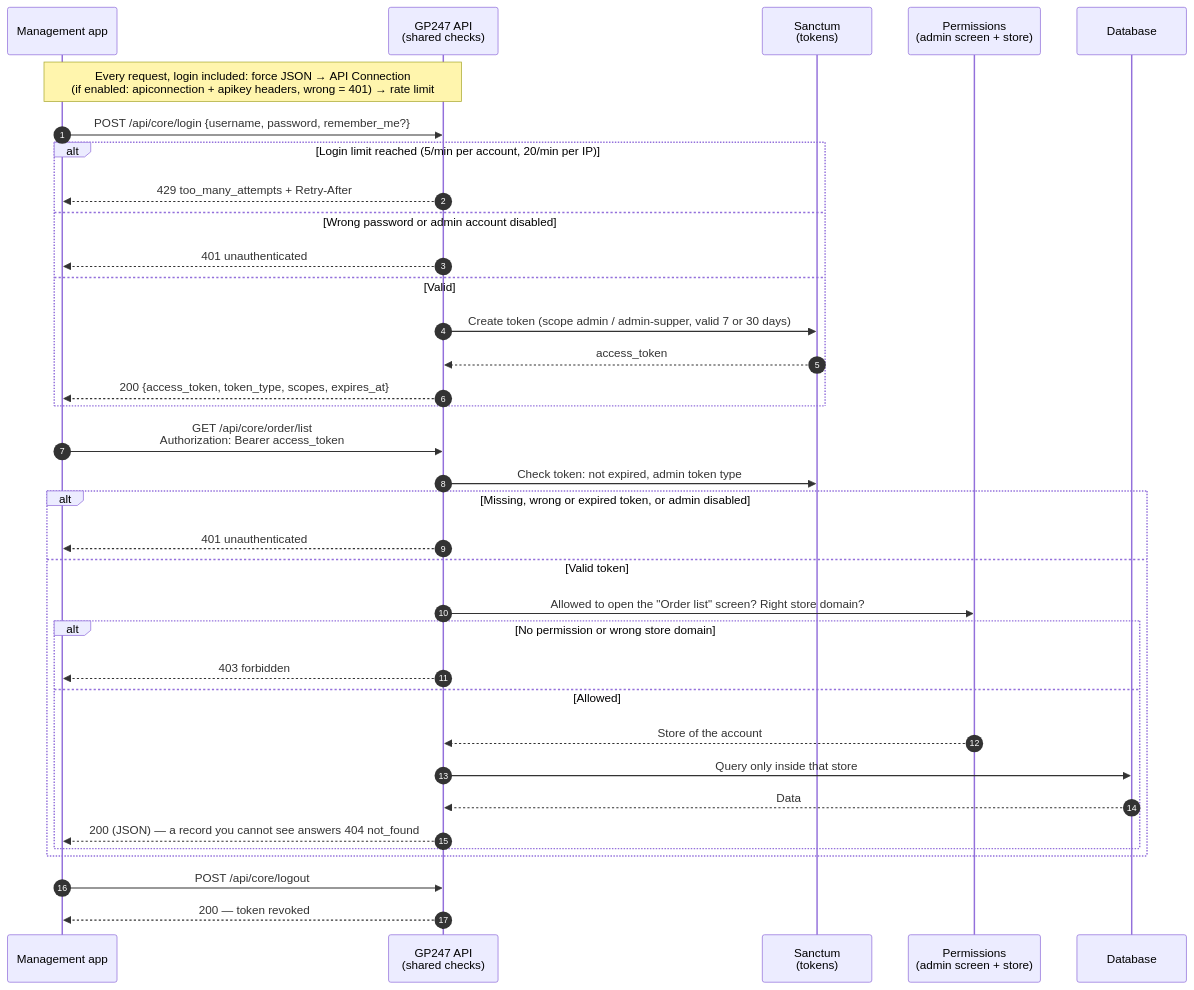
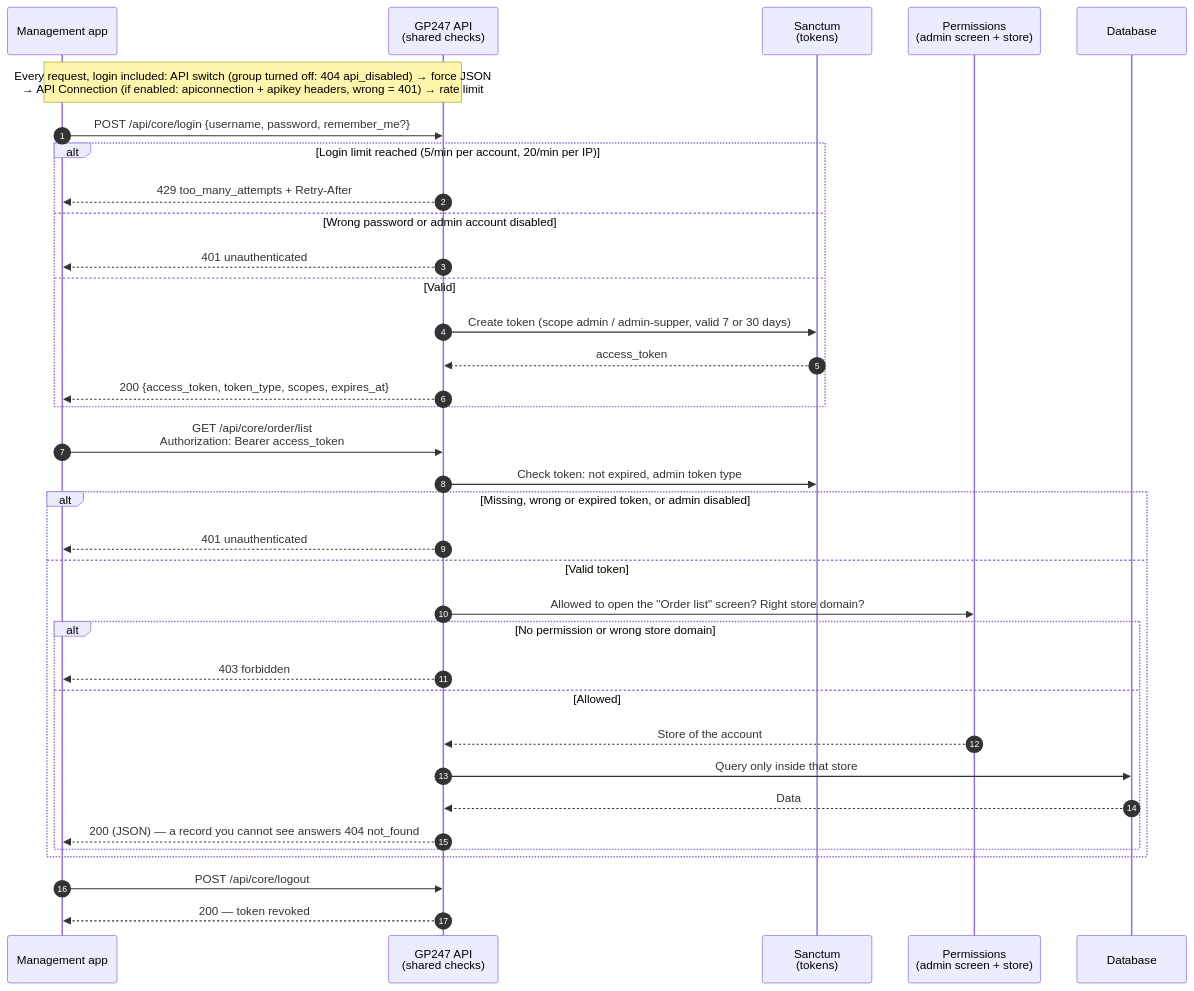
One commit to gp247net/gp247-docs changed the first of 2 diagrams in api/api-introduction.md. Above: the diagram before and after it, drawn with Mermaid. The commit also changed other lines of this file and 6 other files, not shown here.

First line of the commit message:
docs(api): turning the API on and off, X-Request-Id, legacy tokens (core 3.3.1 / 3.4.0)

````diff
--- a/api/api-introduction.md
+++ b/api/api-introduction.md
@@ -182,37 +192,37 @@
 ```mermaid
 sequenceDiagram
     autonumber
     participant A as Management app
     participant M as GP247 API<br/>(shared checks)
     participant S as Sanctum<br/>(tokens)
     participant Q as Permissions<br/>(admin screen + store)
     participant D as Database
-    Note over A,M: Every request, login included: force JSON → API Connection<br/>(if enabled: apiconnection + apikey headers, wrong = 401) → rate limit
+    Note over A,M: Every request, login included: API switch (group turned off: 404 api_disabled) → force JSON<br/>→ API Connection (if enabled: apiconnection + apikey headers, wrong = 401) → rate limit
     A->>M: POST /api/core/login {username, password, remember_me?}
     alt Login limit reached (5/min per account, 20/min per IP)
         M-->>A: 429 too_many_attempts + Retry-After
     else Wrong password or admin account disabled
         M-->>A: 401 unauthenticated
     else Valid
         M->>S: Create token (scope admin / admin-supper, valid 7 or 30 days)
         S-->>M: access_token
         M-->>A: 200 {access_token, token_type, scopes, expires_at}
     end
     A->>M: GET /api/core/order/list<br/>Authorization: Bearer access_token
     M->>S: Check token: not expired, admin token type
     alt Missing, wrong or expired token, or admin disabled
         M-->>A: 401 unauthenticated
     else Valid token
         M->>Q: Allowed to open the "Order list" screen? Right store domain?
         alt No permission or wrong store domain
             M-->>A: 403 forbidden
         else Allowed
             Q-->>M: Store of the account
             M->>D: Query only inside that store
             D-->>M: Data
             M-->>A: 200 (JSON) — a record you cannot see answers 404 not_found
         end
     end
     A->>M: POST /api/core/logout
     M-->>A: 200 — token revoked
 ```
````
